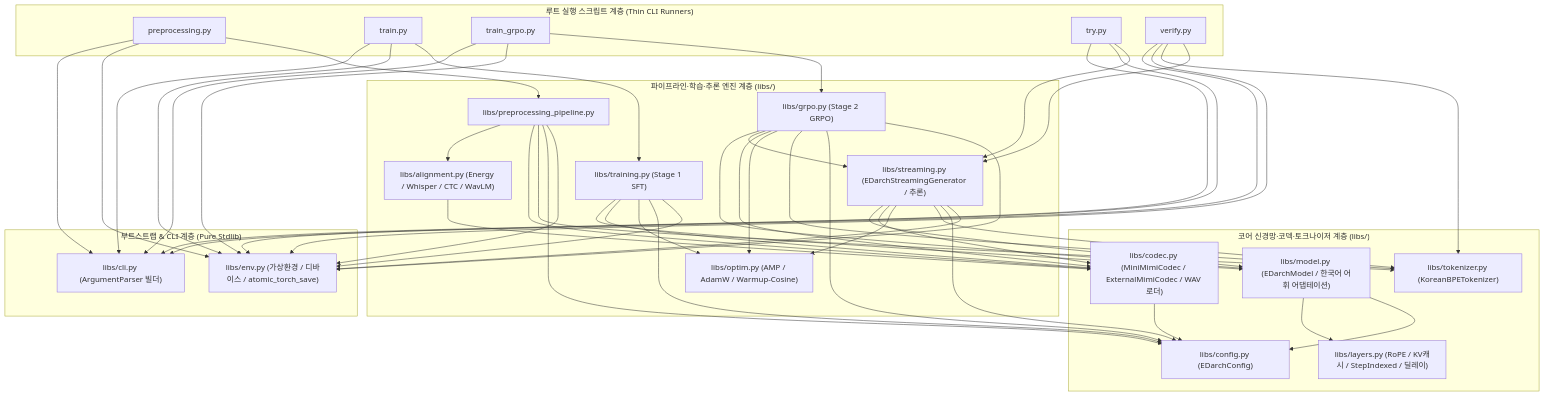
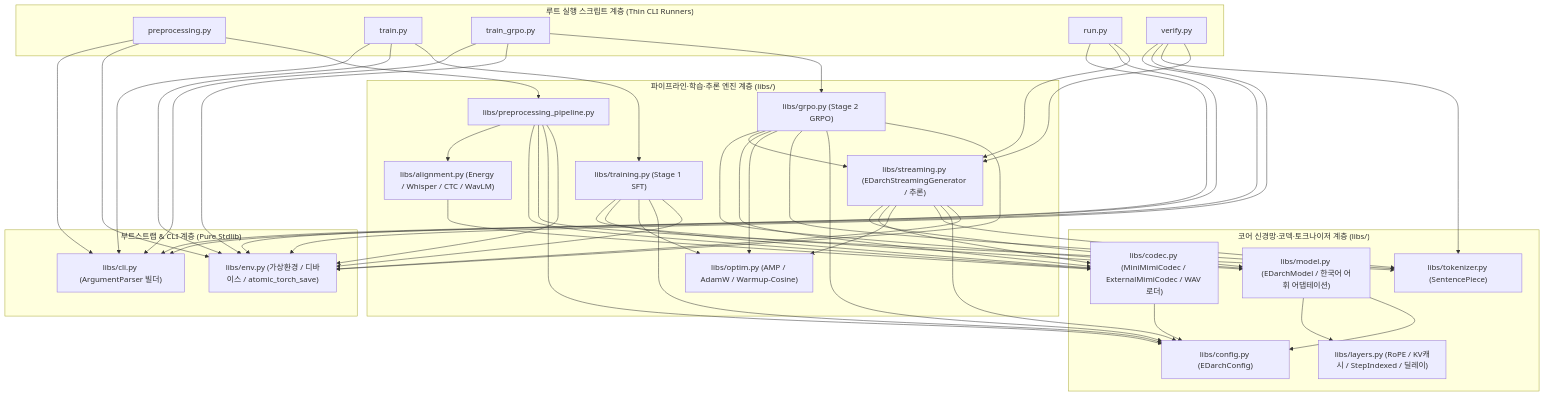
Before and after one commit to jonghyun02/KU_soft_team5: the first of 2 diagrams in jang2/README.md, drawn with Mermaid. The commit also changed other lines of this file and 16 other files, not shown here.

````diff
--- a/jang2/README.md
+++ b/jang2/README.md
@@ -70,48 +68,48 @@
 ```mermaid
 flowchart TD
     subgraph RUNNERS["루트 실행 스크립트 계층 (Thin CLI Runners)"]
         R_PREP["preprocessing.py"]
         R_TRAIN["train.py"]
         R_GRPO["train_grpo.py"]
-        R_TRY["try.py"]
+        R_TRY["run.py"]
         R_VER["verify.py"]
     end
 
     subgraph BOOT["부트스트랩 & CLI 계층 (Pure Stdlib)"]
         CLI["libs/cli.py (ArgumentParser 빌더)"]
         ENV["libs/env.py (가상환경 / 디바이스 / atomic_torch_save)"]
     end
 
     subgraph PIPELINES["파이프라인·학습·추론 엔진 계층 (libs/)"]
         PIPE_PREP["libs/preprocessing_pipeline.py"]
         ALIGN["libs/alignment.py (Energy / Whisper / CTC / WavLM)"]
         PIPE_SFT["libs/training.py (Stage 1 SFT)"]
         PIPE_GRPO["libs/grpo.py (Stage 2 GRPO)"]
         PIPE_STREAM["libs/streaming.py (EDarchStreamingGenerator / 추론)"]
         OPTIM["libs/optim.py (AMP / AdamW / Warmup-Cosine)"]
     end
 
     subgraph CORE["코어 신경망·코덱·토크나이저 계층 (libs/)"]
         MODEL["libs/model.py (EDarchModel / 한국어 어휘 어댑테이션)"]
         CODEC["libs/codec.py (MiniMimiCodec / ExternalMimiCodec / WAV 로더)"]
         LAYERS["libs/layers.py (RoPE / KV캐시 / StepIndexed / 딜레이)"]
         CFG["libs/config.py (EDarchConfig)"]
-        TOK["libs/tokenizer.py (KoreanBPETokenizer)"]
+        TOK["libs/tokenizer.py (SentencePiece)"]
     end
 
     R_PREP & R_TRAIN & R_GRPO & R_TRY & R_VER --> CLI & ENV
     R_PREP --> PIPE_PREP
     R_TRAIN --> PIPE_SFT
     R_GRPO --> PIPE_GRPO
     R_TRY --> PIPE_STREAM
     R_VER --> TOK & PIPE_STREAM
 
     PIPE_PREP --> ALIGN & CODEC & TOK & CFG & ENV
     ALIGN --> CODEC
     PIPE_SFT --> MODEL & CODEC & OPTIM & CFG & ENV
     PIPE_GRPO --> MODEL & PIPE_STREAM & CODEC & OPTIM & TOK & CFG & ENV
     PIPE_STREAM --> MODEL & CODEC & OPTIM & TOK & CFG & ENV
 
     MODEL --> LAYERS & CFG
     CODEC --> CFG
 ```
````
